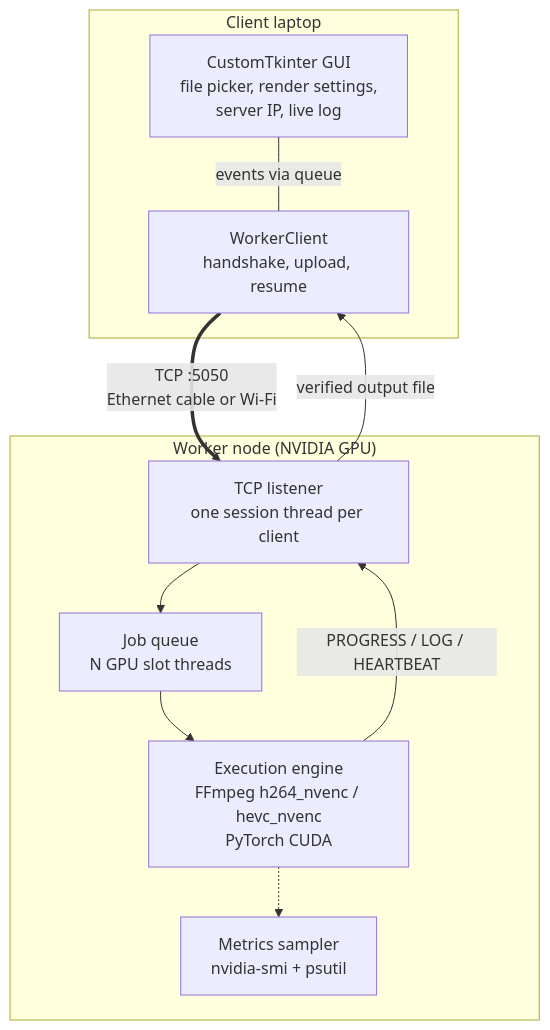
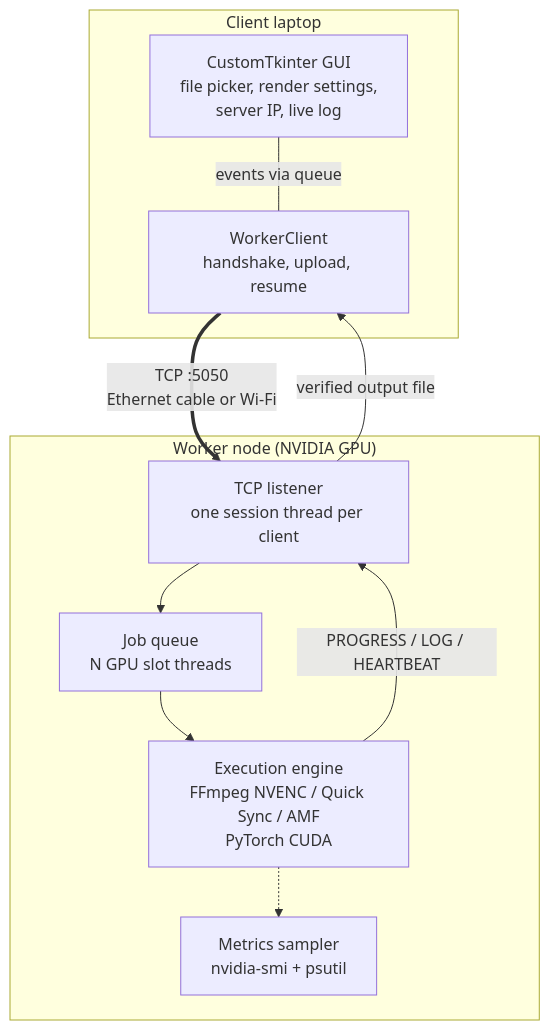
The diagram in Main Task/Remote GPU Rendering System/README.md (gulfam-a1i/Parallel-and-Distributed-Computing), drawn with Mermaid before and after one commit. The commit also changed other lines of this file and 11 other files, not shown here.

First line of the commit message:
Support Intel Quick Sync and AMD AMF on workers without NVIDIA

````diff
--- a/Main Task/Remote GPU Rendering System/README.md
+++ b/Main Task/Remote GPU Rendering System/README.md
@@ -72,21 +74,21 @@
 ```mermaid
 flowchart TB
     subgraph C["Client laptop"]
         GUI["CustomTkinter GUI<br/>file picker, render settings,<br/>server IP, live log"]
         WC["WorkerClient<br/>handshake, upload, resume"]
         GUI -- "events via queue" --- WC
     end
 
     subgraph W["Worker node (NVIDIA GPU)"]
         L["TCP listener<br/>one session thread per client"]
         Q["Job queue<br/>N GPU slot threads"]
-        E["Execution engine<br/>FFmpeg h264_nvenc / hevc_nvenc<br/>PyTorch CUDA"]
+        E["Execution engine<br/>FFmpeg NVENC / Quick Sync / AMF<br/>PyTorch CUDA"]
         M["Metrics sampler<br/>nvidia-smi + psutil"]
         L --> Q --> E
         E -.-> M
     end
 
     WC == "TCP :5050<br/>Ethernet cable or Wi-Fi" ==> L
     E -- "PROGRESS / LOG / HEARTBEAT" --> L
     L -- "verified output file" --> WC
 ```
````
